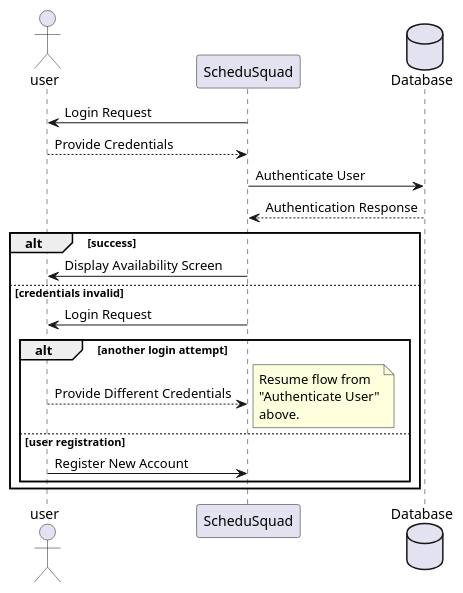
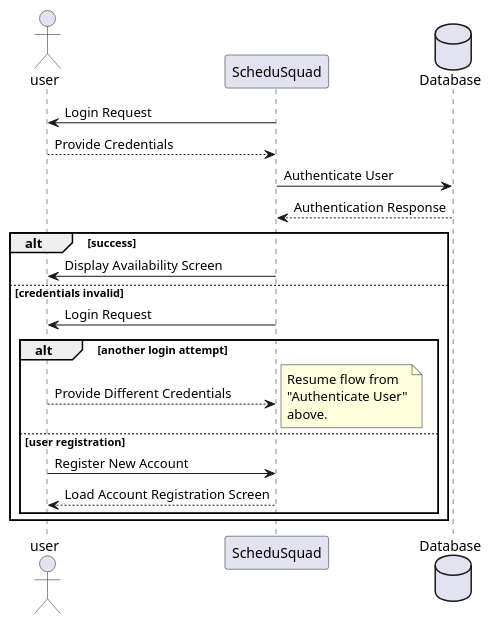
One commit to dhilbmann/ScheduSquad changed the diagram in plantuml/SequenceDiagrams/login.plantuml. Above: the diagram before and after it, drawn with PlantUML. The commit also changed 6 other files, not shown here.

Commit message:
Updating plantuml sequence diagrams for final project submission.

```diff
--- a/plantuml/SequenceDiagrams/login.plantuml
+++ b/plantuml/SequenceDiagrams/login.plantuml
@@ -1,26 +1,27 @@
 @startuml Login
 actor user
 participant ScheduSquad as app
 database Database as db
 
 app -> user : Login Request
 user --> app : Provide Credentials
 app -> db : Authenticate User
 db --> app : Authentication Response
 
 alt success
     app -> user : Display Availability Screen
 else credentials invalid
     app -> user : Login Request
     alt another login attempt
         user -->  app : Provide Different Credentials
         note right
         Resume flow from 
         "Authenticate User"
         above.
         end note
     else user registration
         user -> app : Register New Account
+        app --> user : Load Account Registration Screen
     end
 end
 @enduml
```
